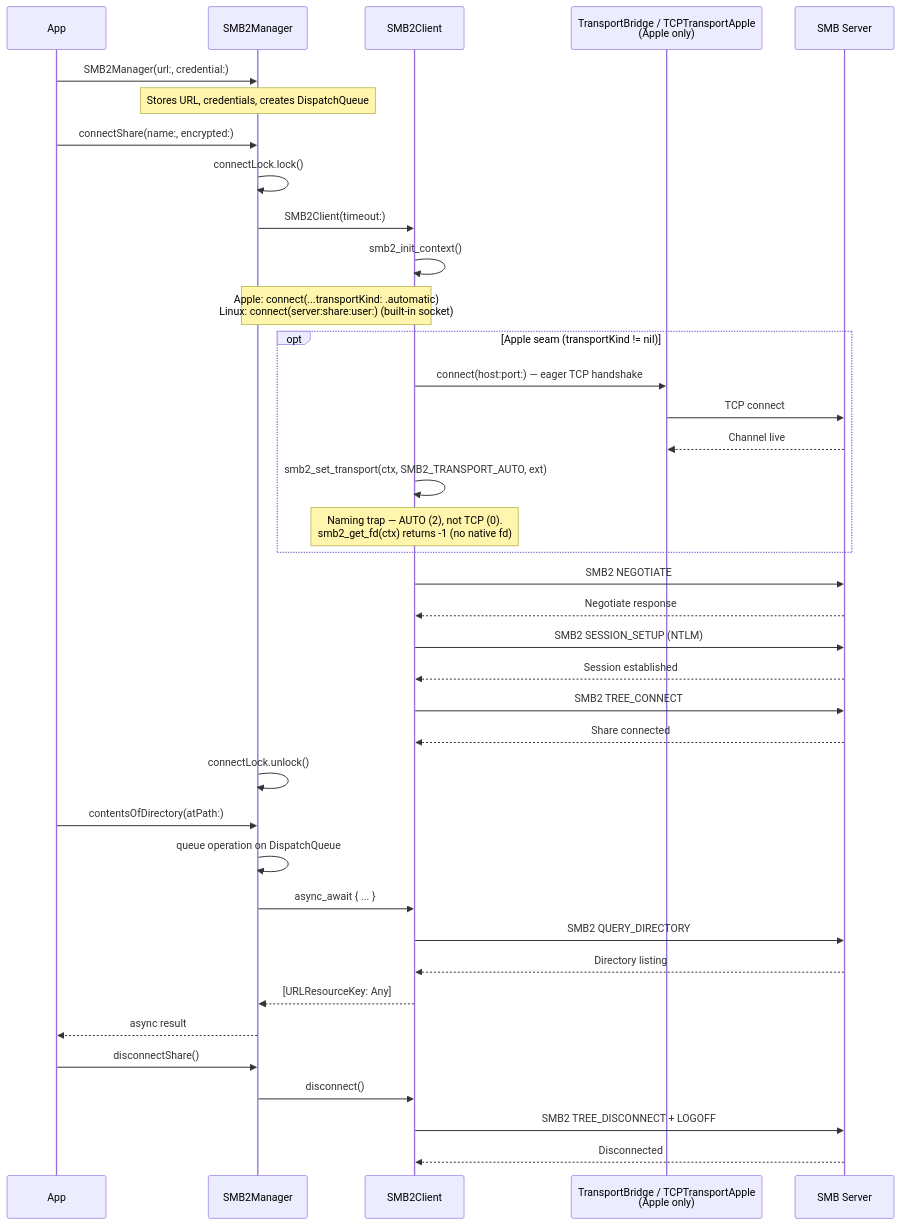
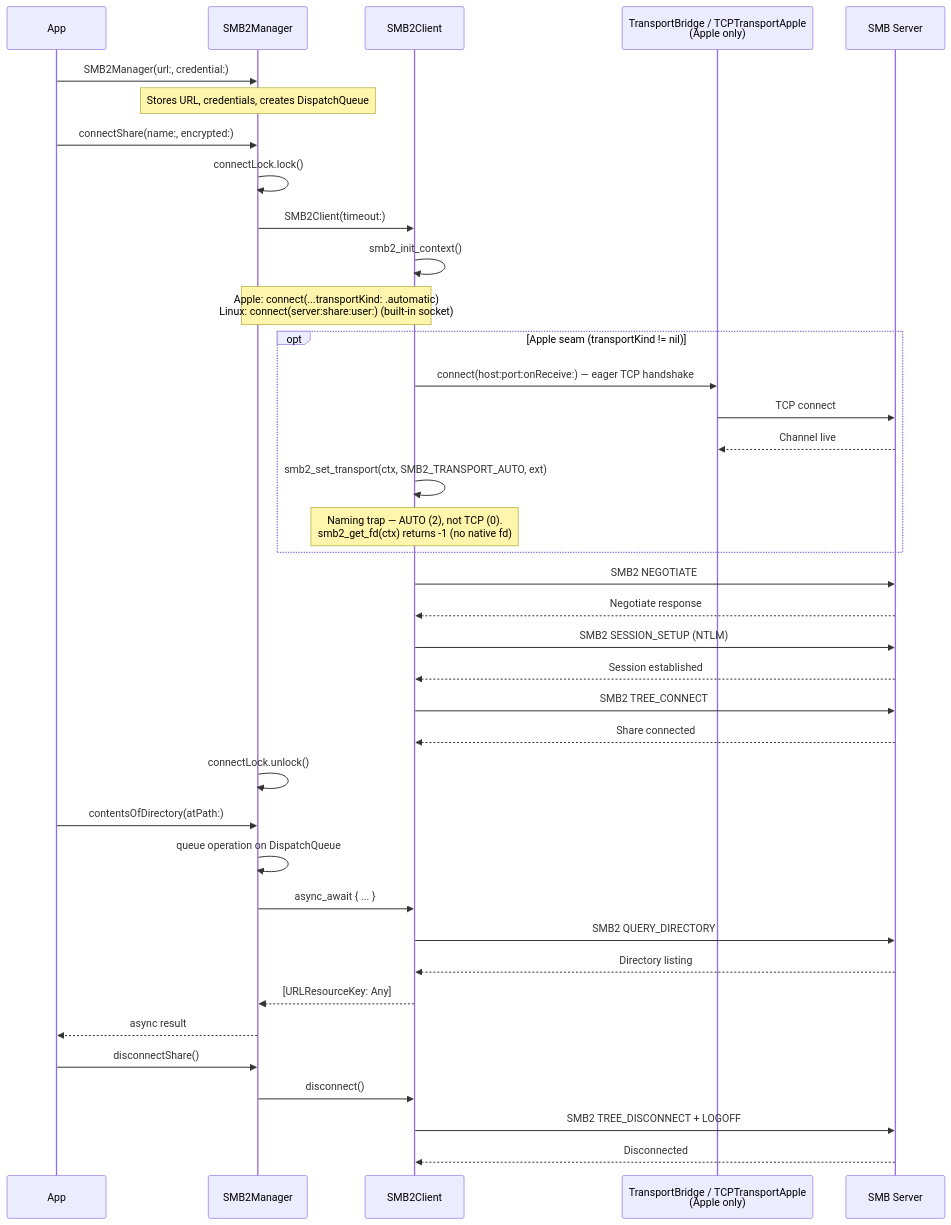
Before and after one commit to simplekube-ro/AMSMB2: the second of 7 diagrams in docs/ARCHITECTURE.md, drawn with Mermaid. The commit also changed other lines of this file and 33 other files, not shown here.

````diff
--- a/docs/ARCHITECTURE.md
+++ b/docs/ARCHITECTURE.md
@@ -56,44 +56,44 @@
 ```mermaid
 sequenceDiagram
     participant App
     participant Manager as SMB2Manager
     participant Client as SMB2Client
     participant Transport as TransportBridge / TCPTransportApple<br/>(Apple only)
     participant Server as SMB Server
 
     App->>Manager: SMB2Manager(url:, credential:)
     Note over Manager: Stores URL, credentials, creates DispatchQueue
 
     App->>Manager: connectShare(name:, encrypted:)
     Manager->>Manager: connectLock.lock()
     Manager->>Client: SMB2Client(timeout:)
     Client->>Client: smb2_init_context()
     Note over Manager,Client: Apple: connect(...transportKind: .automatic)<br/>Linux: connect(server:share:user:) (built-in socket)
     opt Apple seam (transportKind != nil)
-        Client->>Transport: connect(host:port:) — eager TCP handshake
+        Client->>Transport: connect(host:port:onReceive:) — eager TCP handshake
         Transport->>Server: TCP connect
         Server-->>Transport: Channel live
         Client->>Client: smb2_set_transport(ctx, SMB2_TRANSPORT_AUTO, ext)
         Note over Client: Naming trap — AUTO (2), not TCP (0).<br/>smb2_get_fd(ctx) returns -1 (no native fd)
     end
     Client->>Server: SMB2 NEGOTIATE
     Server-->>Client: Negotiate response
     Client->>Server: SMB2 SESSION_SETUP (NTLM)
     Server-->>Client: Session established
     Client->>Server: SMB2 TREE_CONNECT
     Server-->>Client: Share connected
     Manager->>Manager: connectLock.unlock()
 
     App->>Manager: contentsOfDirectory(atPath:)
     Manager->>Manager: queue operation on DispatchQueue
     Manager->>Client: async_await { ... }
     Client->>Server: SMB2 QUERY_DIRECTORY
     Server-->>Client: Directory listing
     Client-->>Manager: [URLResourceKey: Any]
     Manager-->>App: async result
 
     App->>Manager: disconnectShare()
     Manager->>Client: disconnect()
     Client->>Server: SMB2 TREE_DISCONNECT + LOGOFF
     Server-->>Client: Disconnected
 ```
````
